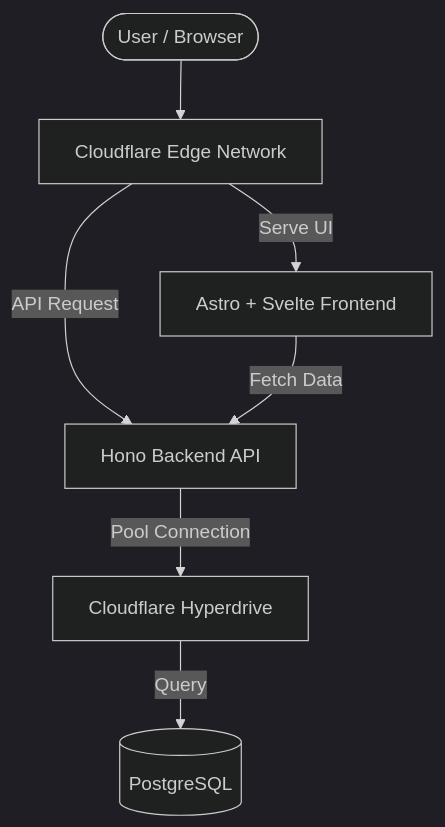
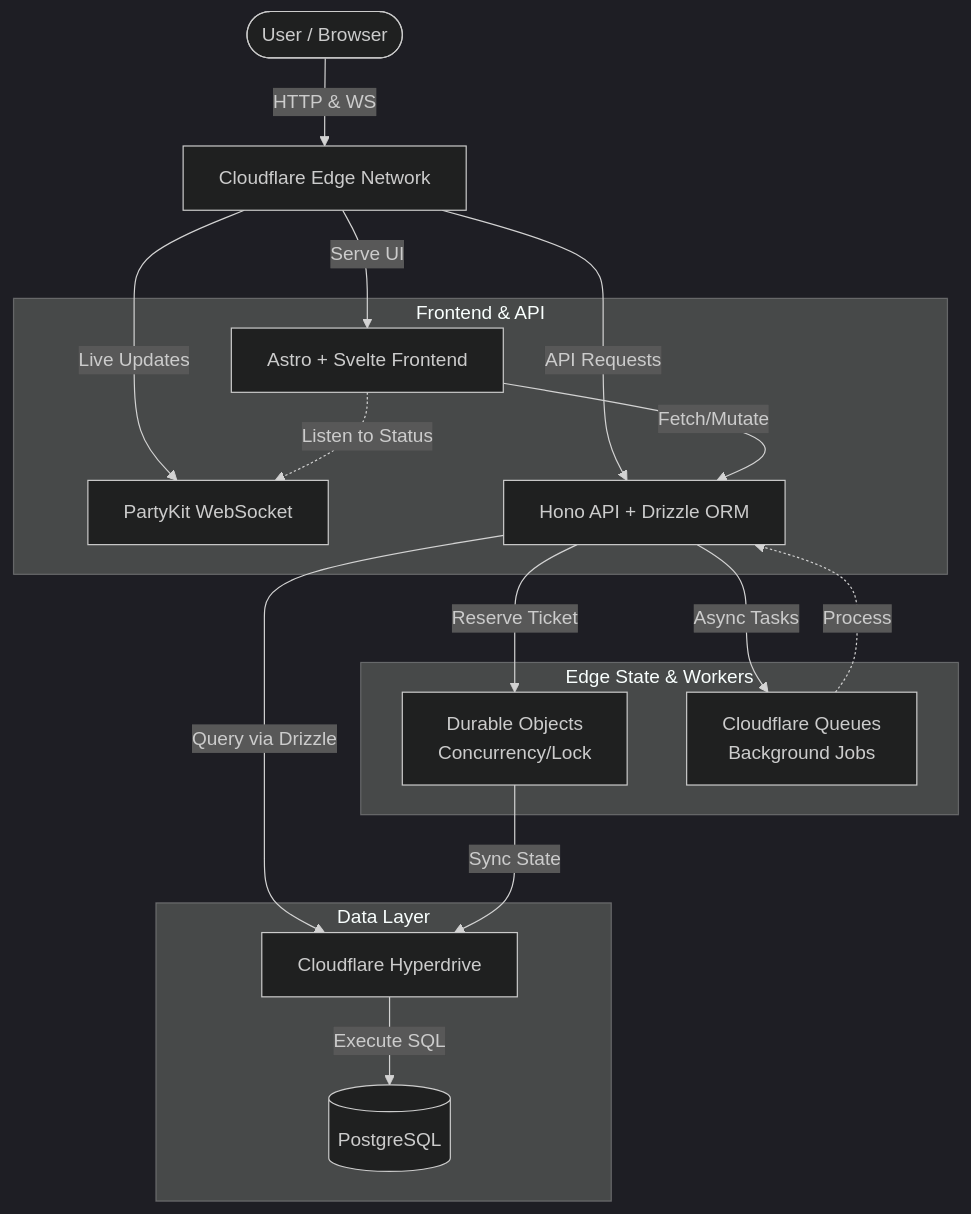
Before and after one commit to ariefnovianto/jeevatix: the diagram in README.md, drawn with Mermaid (dark theme). The commit also changed other lines of this file, not shown here.

Commit message:
tambah informasi tentang PartyKit untuk manajemen WebSocket dan perbarui diagram arsitektur di README.md

````diff
--- a/README.md
+++ b/README.md
@@ -26,16 +27,37 @@
 ```mermaid
 graph TD
     User([User / Browser])
     CF_Edge[Cloudflare Edge Network]
-    Web[Astro + Svelte Frontend]
-    API[Hono Backend API]
-    Hyperdrive[Cloudflare Hyperdrive]
-    DB[(PostgreSQL)]
+    
+    subgraph Frontend & API
+        Web[Astro + Svelte Frontend]
+        PartyKit[PartyKit WebSocket]
+        API[Hono API + Drizzle ORM]
+    end
+    
+    subgraph Edge State & Workers
+        DO[Durable Objects <br> Concurrency/Lock]
+        Queue[Cloudflare Queues <br> Background Jobs]
+    end
+    
+    subgraph Data Layer
+        Hyperdrive[Cloudflare Hyperdrive]
+        DB[(PostgreSQL)]
+    end
 
-    User --> CF_Edge
+    User -->|HTTP & WS| CF_Edge
     CF_Edge -->|Serve UI| Web
-    CF_Edge -->|API Request| API
-    Web -->|Fetch Data| API
-    API -->|Pool Connection| Hyperdrive
-    Hyperdrive -->|Query| DB
+    CF_Edge -->|API Requests| API
+    CF_Edge -->|Live Updates| PartyKit
+
+    Web -->|Fetch/Mutate| API
+    Web -.->|Listen to Status| PartyKit
+    
+    API -->|Reserve Ticket| DO
+    API -->|Async Tasks| Queue
+    API -->|Query via Drizzle| Hyperdrive
+    DO -->|Sync State| Hyperdrive
+    Queue -.->|Process| API
+    
+    Hyperdrive -->|Execute SQL| DB
 ```
````
